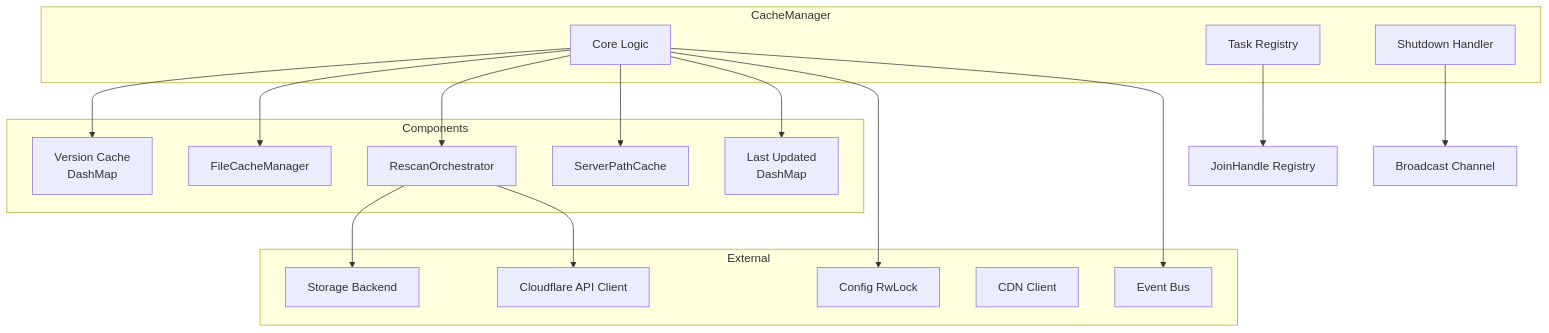
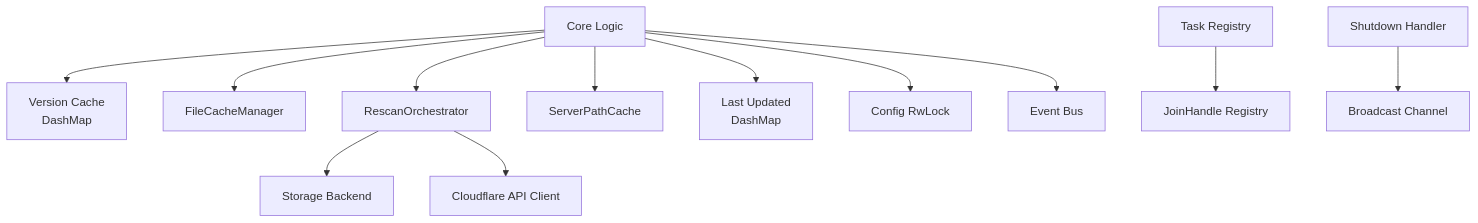
The first of 5 diagrams in crates/cache/docs/manager.md (Lighty-Launcher/LightyUpdater), drawn with Mermaid before and after one commit. The commit also changed 33 other files, not shown here.

Commit message:
improve docs with mermaid implémentation for gitbook

````diff
--- a/crates/cache/docs/manager.md
+++ b/crates/cache/docs/manager.md
@@ -11,38 +11,16 @@
 ```mermaid
-graph TB
-    subgraph CacheManager
-        Core[Core Logic]
-        Tasks[Task Registry]
-        Shutdown[Shutdown Handler]
-    end
+flowchart TB
+    Core[Core Logic] --> Cache[Version Cache<br/>DashMap]
+    Core --> FCM[FileCacheManager]
+    Core --> RO[RescanOrchestrator]
+    Core --> SPC[ServerPathCache]
+    Core --> LastUpd[Last Updated<br/>DashMap]
+    Core --> Config[Config RwLock]
+    Core --> Events[Event Bus]
 
-    subgraph Components
-        Cache[Version Cache<br/>DashMap]
-        FCM[FileCacheManager]
-        RO[RescanOrchestrator]
-        SPC[ServerPathCache]
-        LastUpd[Last Updated<br/>DashMap]
-    end
+    RO --> Storage[Storage Backend]
+    RO --> CF[Cloudflare API Client]
 
-    subgraph External
-        Config[Config RwLock]
-        Events[Event Bus]
-        Storage[Storage Backend]
-        CDN[CDN Client]
-        CF[Cloudflare API Client]
-    end
-
-    Core --> Cache
-    Core --> FCM
-    Core --> RO
-    Core --> SPC
-    Core --> LastUpd
-
-    Core --> Config
-    Core --> Events
-    RO --> Storage
-    RO --> CF
-
-    Tasks --> TaskHandles[JoinHandle Registry]
-    Shutdown --> BroadcastChan[Broadcast Channel]
+    Tasks[Task Registry] --> TaskHandles[JoinHandle Registry]
+    Shutdown[Shutdown Handler] --> BroadcastChan[Broadcast Channel]
 ```
````
